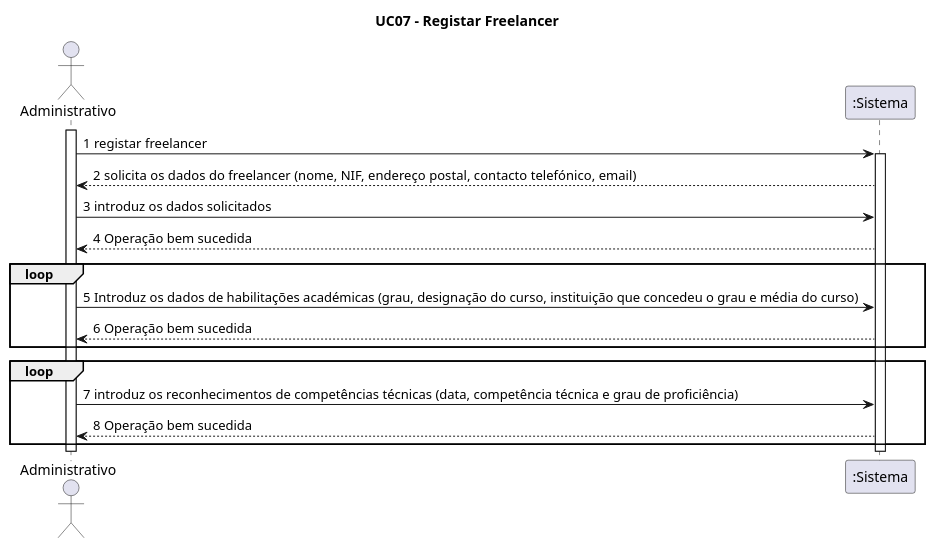
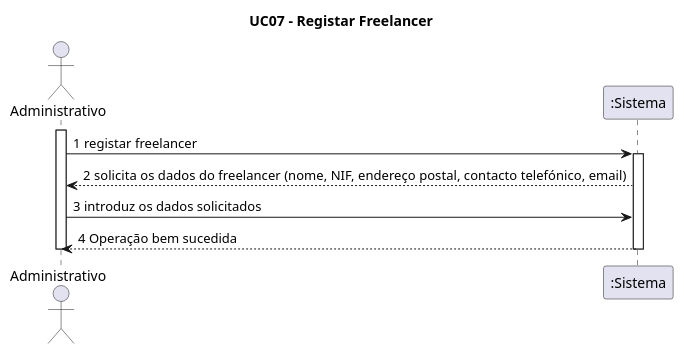
The diagram in Documentação/Sprint 3/UC07_Registar_Freelancer/UC07_Registar_Freelancer_Diagrama_Sequencia_Sistema.puml (blestonbandeiraUPSKILL/upskill_java1_labprg_grupo2), drawn with PlantUML before and after one commit. The commit also changed 19 other files, not shown here.

```diff
--- a/Documentação/Sprint 3/UC07_Registar_Freelancer/UC07_Registar_Freelancer_Diagrama_Sequencia_Sistema.puml
+++ b/Documentação/Sprint 3/UC07_Registar_Freelancer/UC07_Registar_Freelancer_Diagrama_Sequencia_Sistema.puml
@@ -1,32 +1,21 @@
 @startuml
 
 title UC07 - Registar Freelancer
 
 actor Administrativo
 participant ":Sistema" as Sistema
 
 activate Administrativo
 
 Administrativo -> Sistema : 1 registar freelancer
 activate Sistema
 
 Sistema --> Administrativo: 2 solicita os dados  do freelancer (nome, NIF, endereço postal, contacto telefónico, email)
 
 Administrativo -> Sistema: 3 introduz os dados solicitados
 Sistema --> Administrativo: 4 Operação bem sucedida
 
-loop
-Administrativo -> Sistema : 5 Introduz os dados de habilitações académicas (grau, designação do curso, instituição que concedeu o grau e média do curso)
-Sistema --> Administrativo : 6 Operação bem sucedida
-end
-
-loop
-Administrativo -> Sistema: 7 introduz os reconhecimentos de competências técnicas (data, competência técnica e grau de proficiência)
-Sistema --> Administrativo: 8 Operação bem sucedida
-end
-
-
 deactivate Administrativo
 deactivate Sistema
 
 @enduml
```
